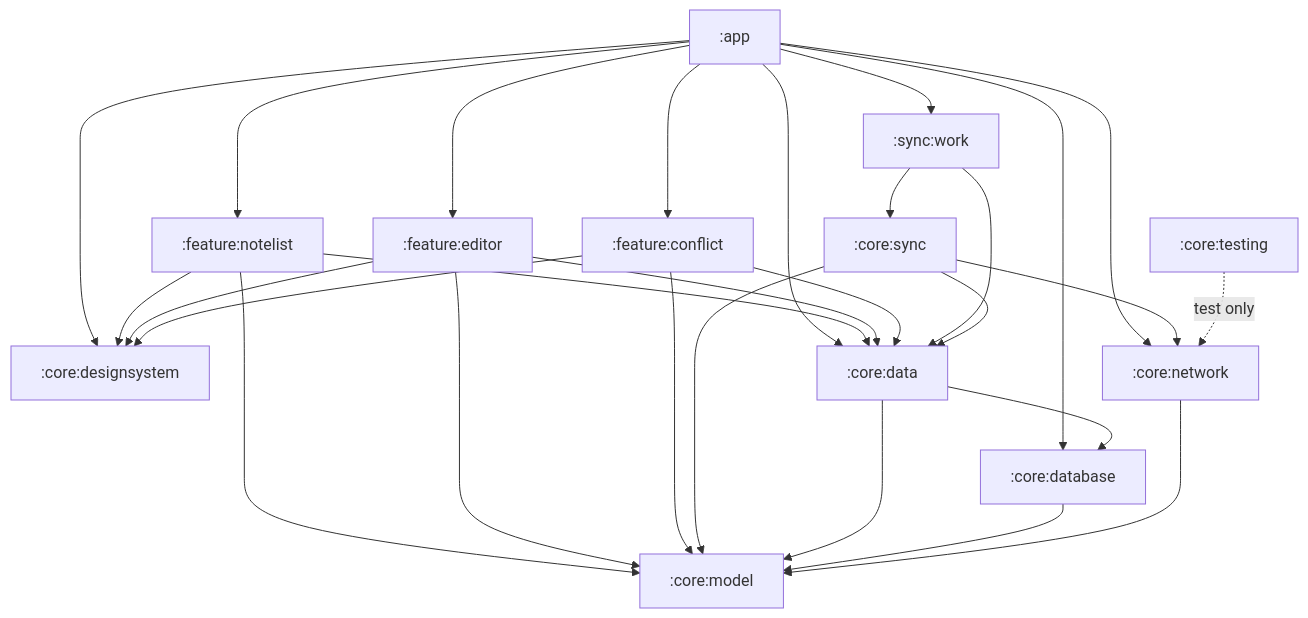
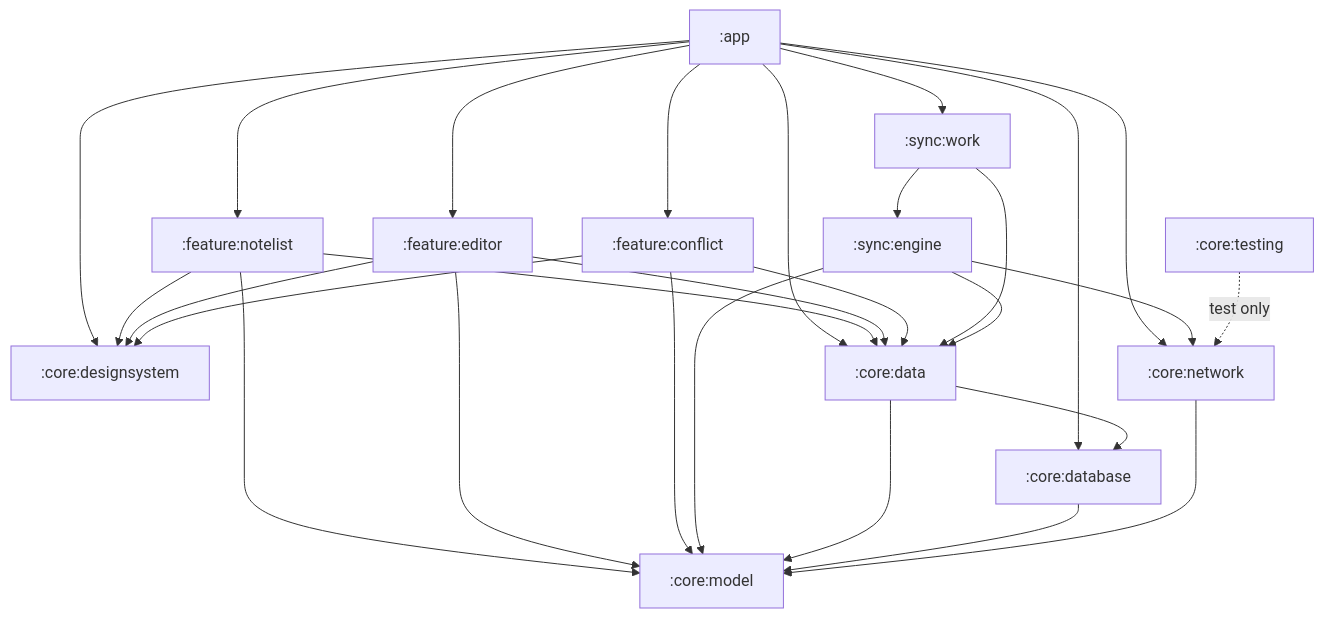
Before and after one commit to savvasg28/offline-notes: the second of 4 diagrams in README.md, drawn with Mermaid. The commit also changed other lines of this file and 9 other files, not shown here.

First line of the commit message:
Move :core:sync to :sync:engine, alongside :sync:work

````diff
--- a/README.md
+++ b/README.md
@@ -52,27 +52,27 @@
 ```mermaid
 flowchart TD
     app[":app"]
     fnl[":feature:notelist"]
     fed[":feature:editor"]
     fco[":feature:conflict"]
     cds[":core:designsystem"]
     cdata[":core:data"]
-    csync[":core:sync"]
+    sengine[":sync:engine"]
     swork[":sync:work"]
     cdb[":core:database"]
     cnet[":core:network"]
     ctest[":core:testing"]
     cmodel[":core:model"]
 
     app --> fnl & fed & fco
     app --> cdata & cdb & cnet & cds & swork
     fnl --> cmodel & cdata & cds
     fed --> cmodel & cdata & cds
     fco --> cmodel & cdata & cds
-    swork --> cdata & csync
-    csync --> cmodel & cdata & cnet
+    swork --> cdata & sengine
+    sengine --> cmodel & cdata & cnet
     cdata --> cmodel & cdb
     cdb --> cmodel
     cnet --> cmodel
     ctest -.test only.-> cnet
 ```
````
